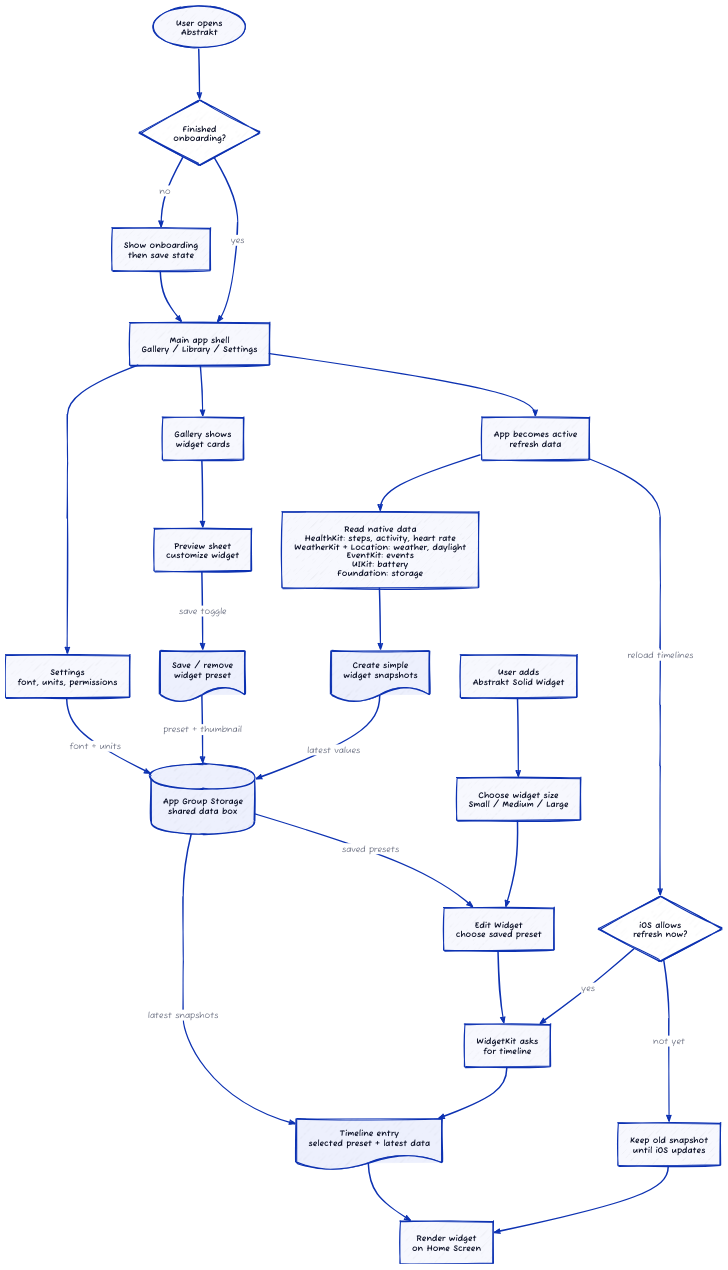
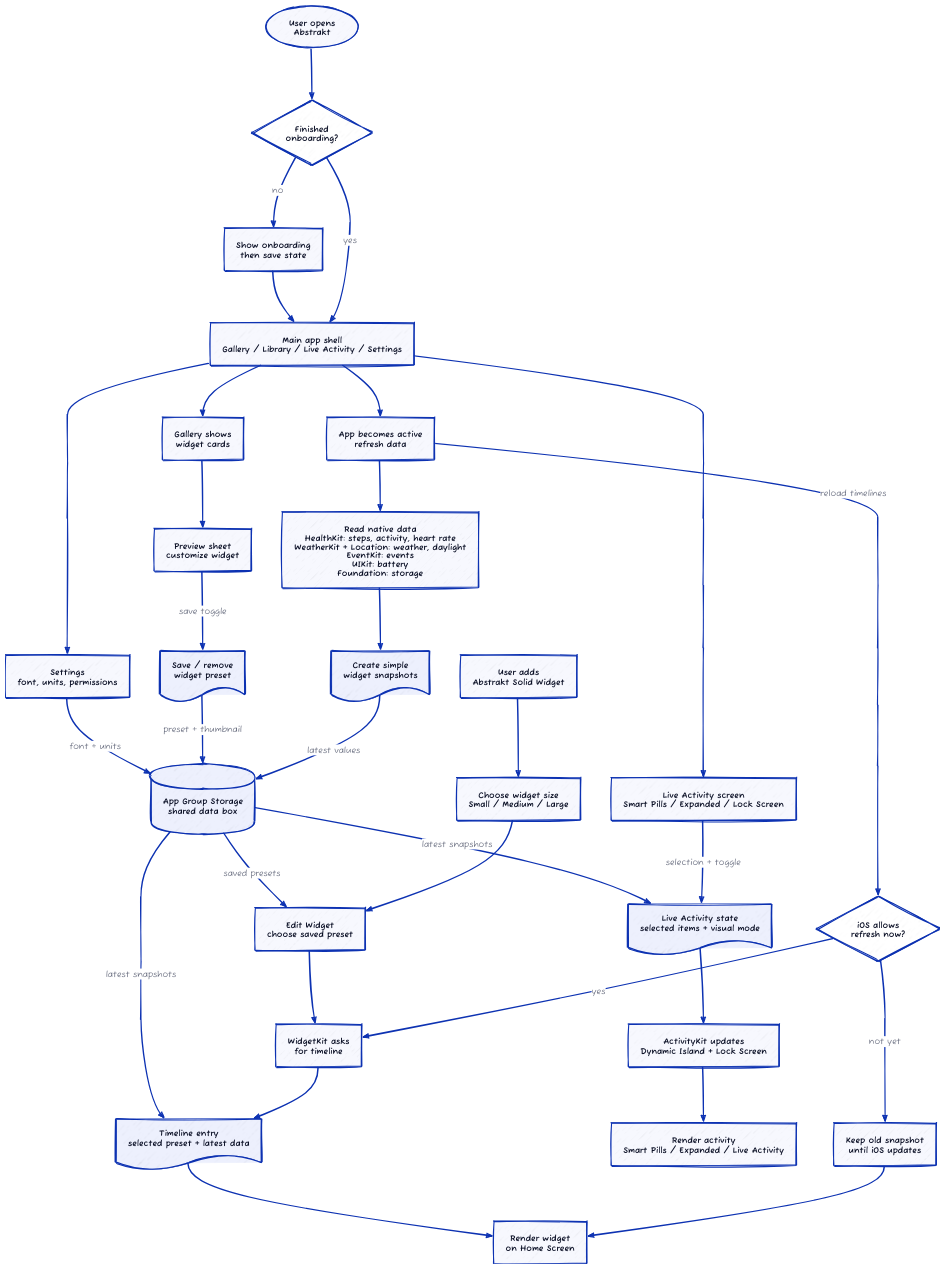
One commit to dapraws/CH4_Abstrakt changed the diagram in docs/product/FLOW.d2. Above: the diagram before and after it, drawn with D2. The commit also changed 8 other files, not shown here.

```diff
--- a/docs/product/FLOW.d2
+++ b/docs/product/FLOW.d2
@@ -1,94 +1,109 @@
 direction: down
 
 vars: {
   d2-config: {
     sketch: true
   }
 }
 
 user: "User opens\nAbstrakt" {
   shape: oval
 }
 
 onboarding: "Finished\nonboarding?" {
   shape: diamond
   style.fill: "#ffffff"
 }
 
 onboard: "Show onboarding\nthen save state"
 
-app: "Main app shell\nGallery / Library / Settings"
+app: "Main app shell\nGallery / Library / Live Activity / Settings"
 
 gallery: "Gallery shows\nwidget cards"
 
 preview: "Preview sheet\ncustomize widget"
 
 settings: "Settings\nfont, units, permissions"
+
+live_activity_screen: "Live Activity screen\nSmart Pills / Expanded / Lock Screen"
 
 presets: "Save / remove\nwidget preset" {
   shape: document
 }
 
 app_refresh: "App becomes active\nrefresh data"
 
 frameworks: "Read native data\nHealthKit: steps, activity, heart rate\nWeatherKit + Location: weather, daylight\nEventKit: events\nUIKit: battery\nFoundation: storage"
 
 snapshots: "Create simple\nwidget snapshots" {
   shape: document
 }
 
 app_group: "App Group Storage\nshared data box" {
   shape: cylinder
 }
 
 add_widget: "User adds\nAbstrakt Solid Widget"
 
 choose_size: "Choose widget size\nSmall / Medium / Large"
 
 edit_widget: "Edit Widget\nchoose saved preset"
 
 timeline: "WidgetKit asks\nfor timeline"
 
 timeline_entry: "Timeline entry\nselected preset + latest data" {
   shape: document
 }
 
 render: "Render widget\non Home Screen"
 
+activity_state: "Live Activity state\nselected items + visual mode" {
+  shape: document
+}
+
+activitykit: "ActivityKit updates\nDynamic Island + Lock Screen"
+
+activity_render: "Render activity\nSmart Pills / Expanded / Live Activity"
+
 ios_refresh: "iOS allows\nrefresh now?" {
   shape: diamond
   style.fill: "#ffffff"
 }
 
 delayed: "Keep old snapshot\nuntil iOS updates"
 
 user -> onboarding
 onboarding -> onboard: "no"
 onboard -> app
 onboarding -> app: "yes"
 
 app -> gallery
 gallery -> preview
 preview -> presets: "save toggle"
 app -> settings
+app -> live_activity_screen
 settings -> app_group: "font + units"
 presets -> app_group: "preset + thumbnail"
 
 app -> app_refresh
 app_refresh -> frameworks
 frameworks -> snapshots
 snapshots -> app_group: "latest values"
 
 app_group -> edit_widget: "saved presets"
 app_group -> timeline_entry: "latest snapshots"
+app_group -> activity_state: "latest snapshots"
+live_activity_screen -> activity_state: "selection + toggle"
+activity_state -> activitykit
+activitykit -> activity_render
 
 add_widget -> choose_size
 choose_size -> edit_widget
 edit_widget -> timeline
 timeline -> timeline_entry
 timeline_entry -> render
 
 app_refresh -> ios_refresh: "reload timelines"
 ios_refresh -> timeline: "yes"
 ios_refresh -> delayed: "not yet"
 delayed -> render
```
